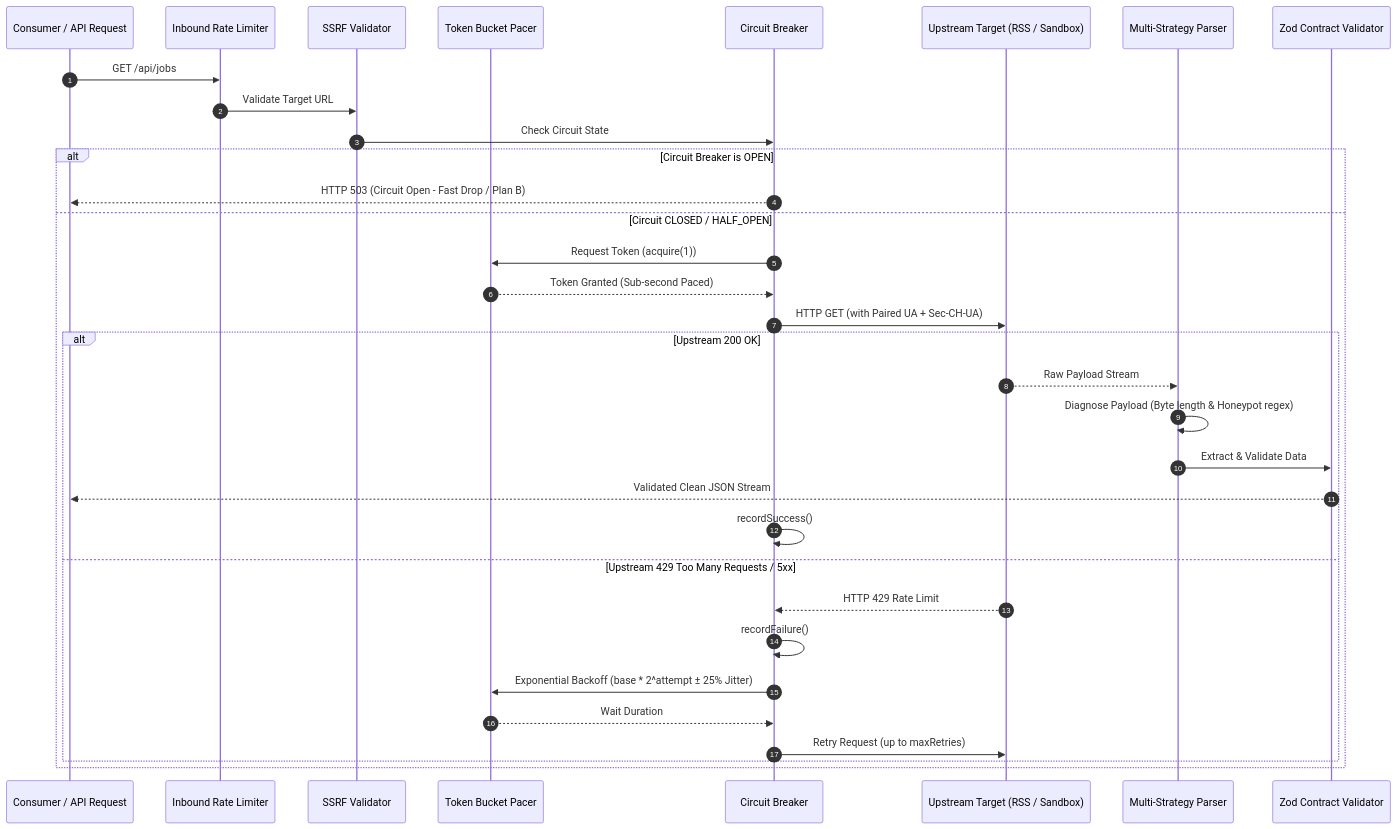
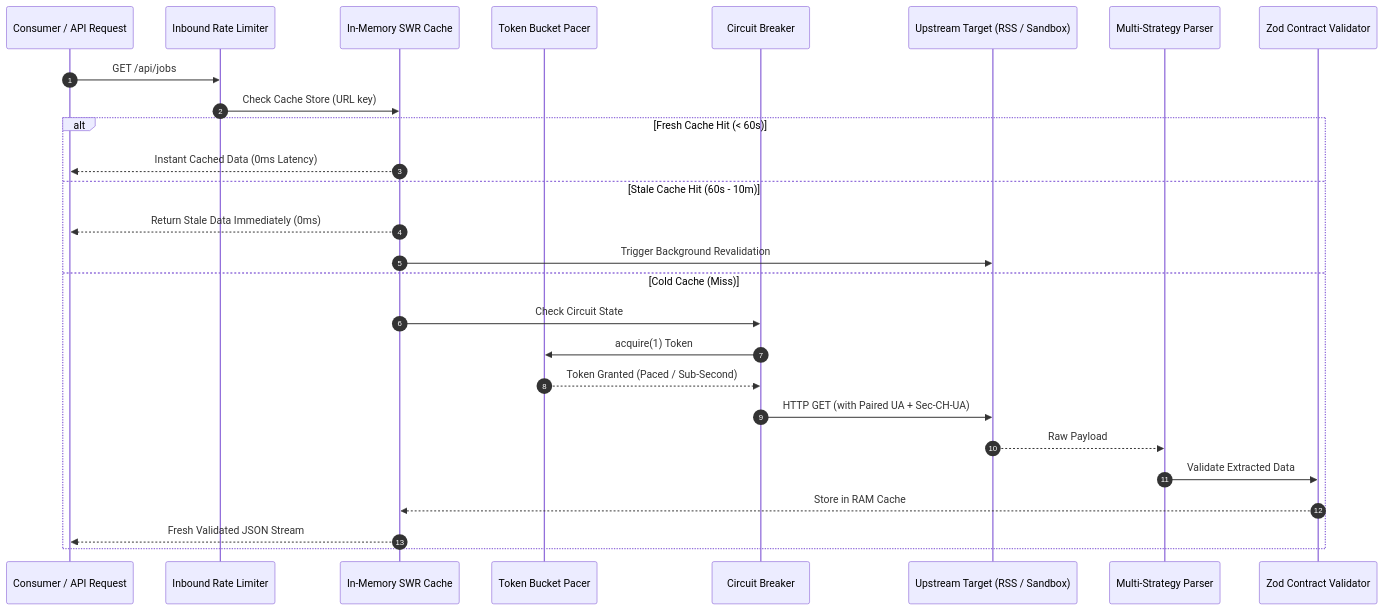
The second of 3 diagrams in architecture_reference.md (justsarx/Acdyon-Ingestion-Engine), drawn with Mermaid before and after one commit. The commit also changed other lines of this file and 2 other files, not shown here.

Commit message:
docs: complete synchronized architectural reference, design documentation, and README compliance matrix

````diff
--- a/architecture_reference.md
+++ b/architecture_reference.md
@@ -116,38 +121,31 @@
 ```mermaid
 sequenceDiagram
     autonumber
     participant Client as Consumer / API Request
     participant RL as Inbound Rate Limiter
-    participant SSRF as SSRF Validator
+    participant SWR as In-Memory SWR Cache
     participant Pacer as Token Bucket Pacer
     participant CB as Circuit Breaker
     participant Target as Upstream Target (RSS / Sandbox)
     participant Parser as Multi-Strategy Parser
     participant Schema as Zod Contract Validator
 
     Client->>RL: GET /api/jobs
-    RL->>SSRF: Validate Target URL
-    SSRF->>CB: Check Circuit State
+    RL->>SWR: Check Cache Store (URL key)
     
-    alt Circuit Breaker is OPEN
-        CB-->>Client: HTTP 503 (Circuit Open - Fast Drop / Plan B)
-    else Circuit CLOSED / HALF_OPEN
-        CB->>Pacer: Request Token (acquire(1))
-        Pacer-->>CB: Token Granted (Sub-second Paced)
+    alt Fresh Cache Hit (< 60s)
+        SWR-->>Client: Instant Cached Data (0ms Latency)
+    else Stale Cache Hit (60s - 10m)
+        SWR-->>Client: Return Stale Data Immediately (0ms)
+        SWR->>Target: Trigger Background Revalidation
+    else Cold Cache (Miss)
+        SWR->>CB: Check Circuit State
+        CB->>Pacer: acquire(1) Token
+        Pacer-->>CB: Token Granted (Paced / Sub-Second)
         CB->>Target: HTTP GET (with Paired UA + Sec-CH-UA)
-        
-        alt Upstream 200 OK
-            Target-->>Parser: Raw Payload Stream
-            Parser->>Parser: Diagnose Payload (Byte length & Honeypot regex)
-            Parser->>Schema: Extract & Validate Data
-            Schema-->>Client: Validated Clean JSON Stream
-            CB->>CB: recordSuccess()
-        else Upstream 429 Too Many Requests / 5xx
-            Target-->>CB: HTTP 429 Rate Limit
-            CB->>CB: recordFailure()
-            CB->>Pacer: Exponential Backoff (base * 2^attempt ± 25% Jitter)
-            Pacer-->>CB: Wait Duration
-            CB->>Target: Retry Request (up to maxRetries)
-        end
+        Target-->>Parser: Raw Payload
+        Parser->>Schema: Validate Extracted Data
+        Schema-->>SWR: Store in RAM Cache
+        SWR-->>Client: Fresh Validated JSON Stream
     end
 ```
````
